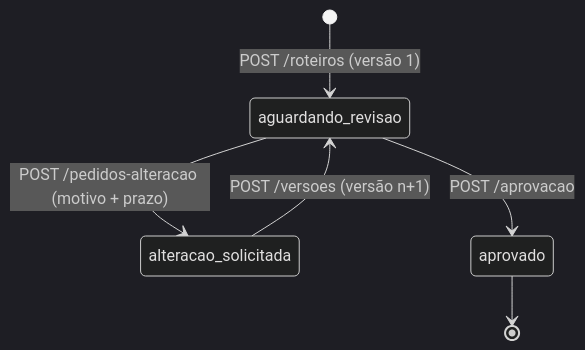
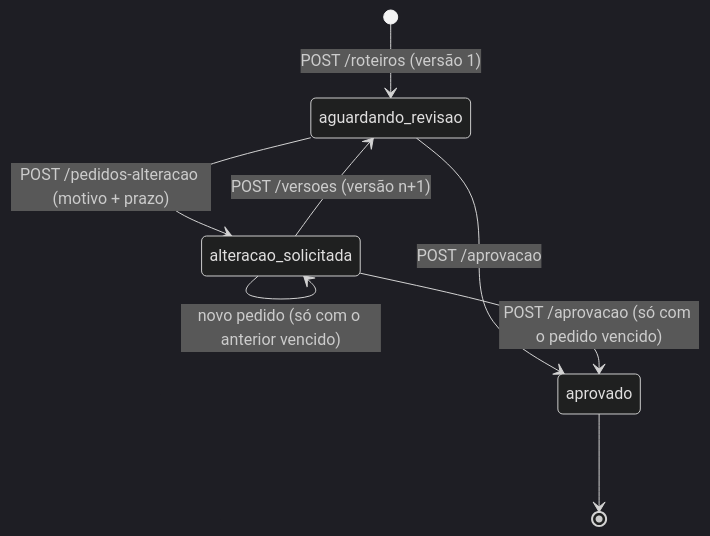
Before and after one commit to pPeterle/conty-challenge-revisao-roteiro: the diagram in README.md, drawn with Mermaid (dark theme). The commit also changed other lines of this file and 9 other files, not shown here.

First line of the commit message:
Pedido de alteração vencido deixa de valer e devolve a decisão à marca

````diff
--- a/README.md
+++ b/README.md
@@ -23,8 +23,10 @@
 ```mermaid
 stateDiagram-v2
   [*] --> aguardando_revisao: POST /roteiros (versão 1)
   aguardando_revisao --> alteracao_solicitada: POST /pedidos-alteracao (motivo + prazo)
   alteracao_solicitada --> aguardando_revisao: POST /versoes (versão n+1)
+  alteracao_solicitada --> alteracao_solicitada: novo pedido (só com o anterior vencido)
   aguardando_revisao --> aprovado: POST /aprovacao
+  alteracao_solicitada --> aprovado: POST /aprovacao (só com o pedido vencido)
   aprovado --> [*]
 ```
````
